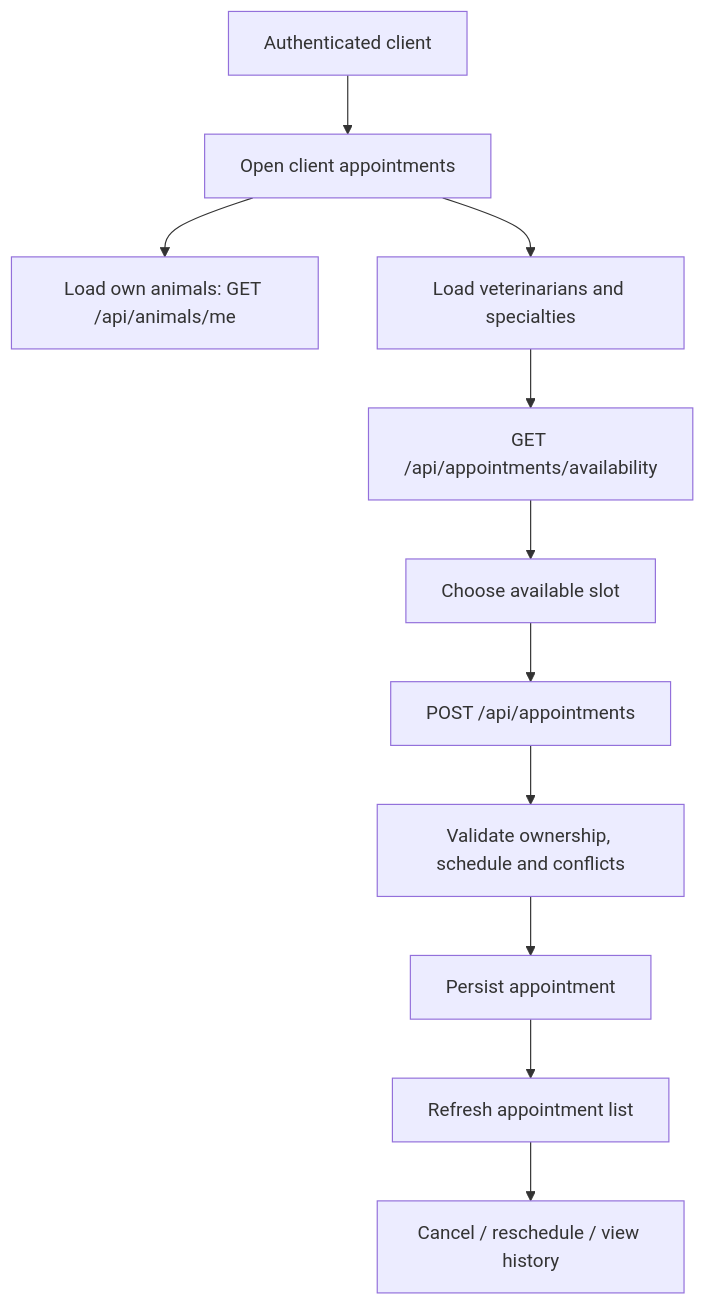
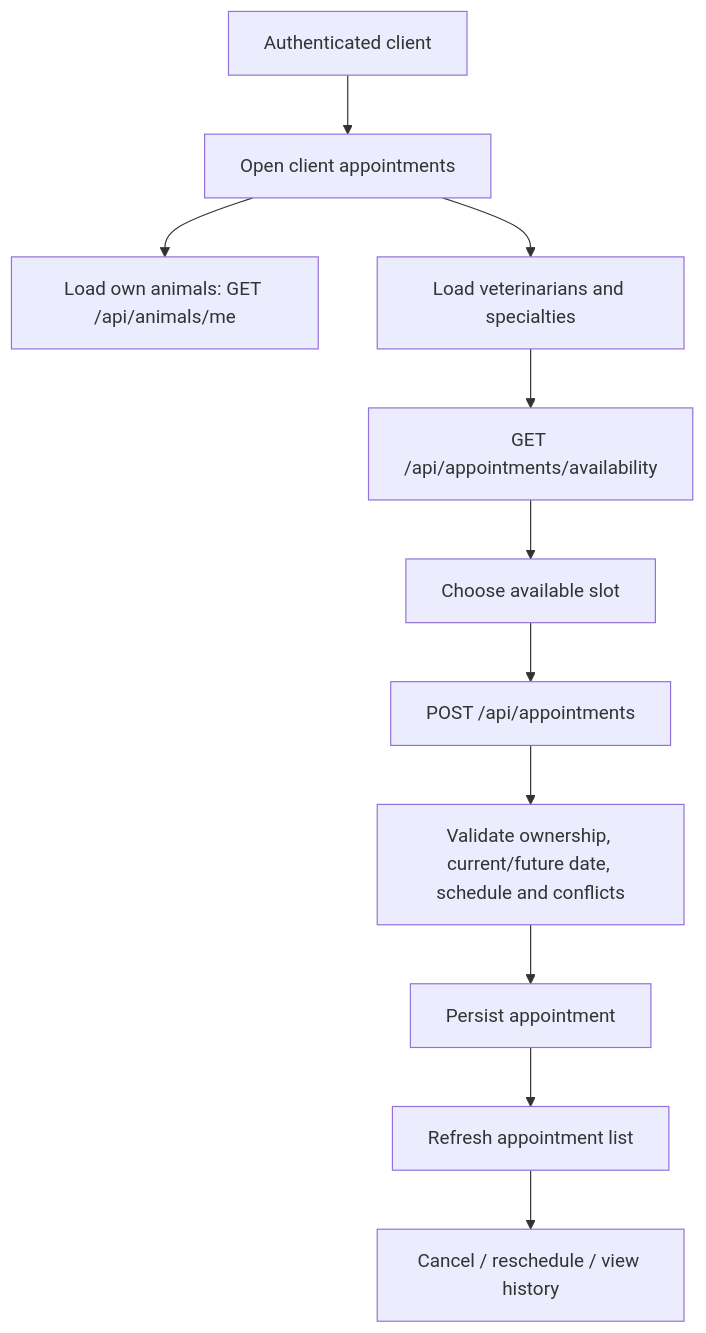
One commit to bulletproof20/MiaCaoMigo_Engineering changed the second of 5 diagrams in 05_Docs/01_Academic_Reports/Application_Report.md. Above: the diagram before and after it, drawn with Mermaid. The commit also changed other lines of this file and 22 other files, not shown here.

````diff
--- a/05_Docs/01_Academic_Reports/Application_Report.md
+++ b/05_Docs/01_Academic_Reports/Application_Report.md
@@ -90,13 +90,13 @@
 ```mermaid
 flowchart TD
     client["Authenticated client"] --> appointments["Open client appointments"]
     appointments --> animals["Load own animals: GET /api/animals/me"]
     appointments --> vets["Load veterinarians and specialties"]
     vets --> availability["GET /api/appointments/availability"]
     availability --> slot["Choose available slot"]
     slot --> create["POST /api/appointments"]
-    create --> validation["Validate ownership, schedule and conflicts"]
+    create --> validation["Validate ownership, current/future date, schedule and conflicts"]
     validation --> save["Persist appointment"]
     save --> refresh["Refresh appointment list"]
     refresh --> actions["Cancel / reschedule / view history"]
 ```
````
